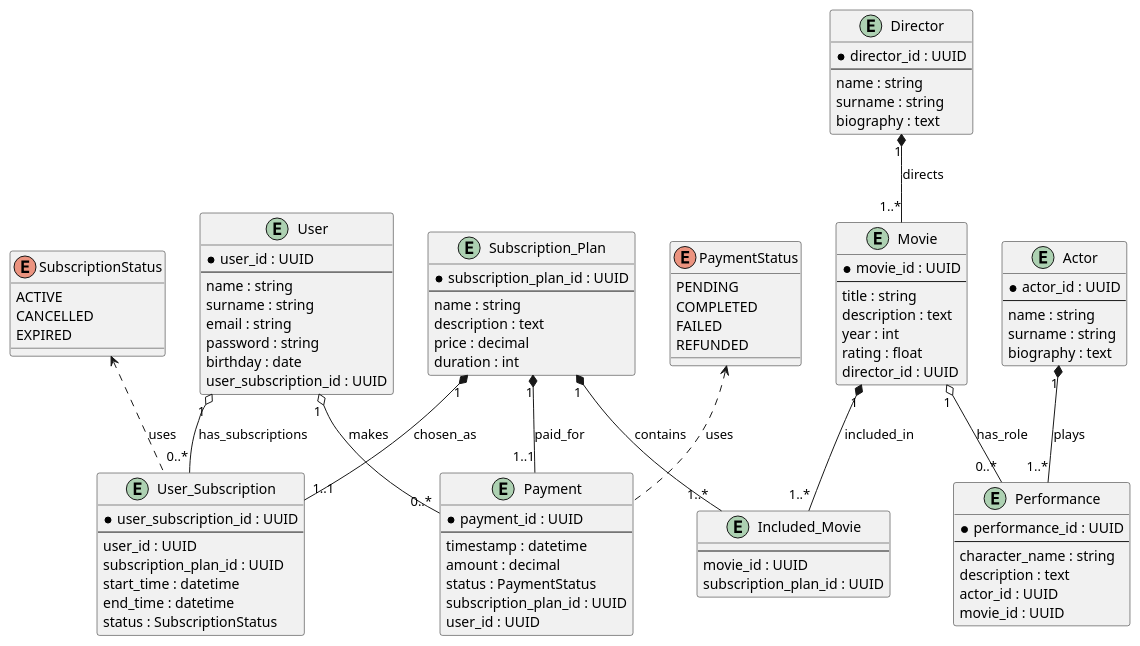
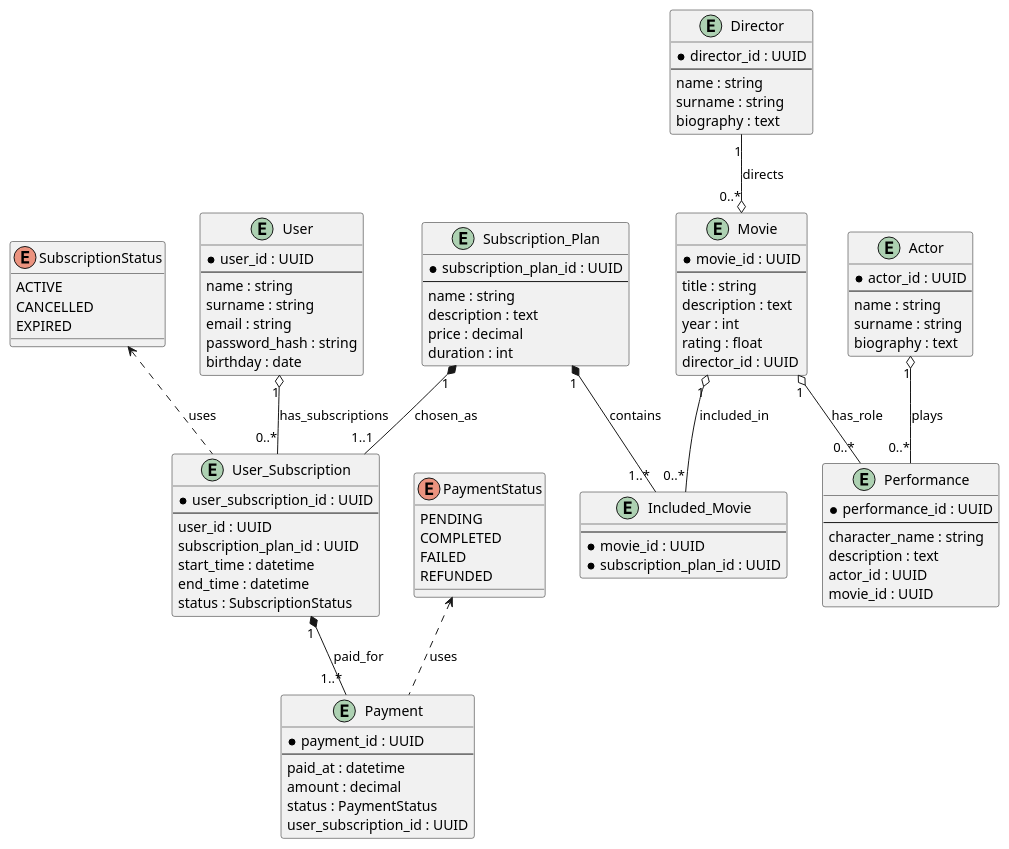
Before and after one commit to StudentPP1/KPI: the diagram in lab1/plan-uml-streaming-service.puml, drawn with PlantUML. The commit also changed 4 other files, not shown here.

```diff
--- a/lab1/plan-uml-streaming-service.puml
+++ b/lab1/plan-uml-streaming-service.puml
@@ -1,117 +1,113 @@
 @startuml
-
 enum SubscriptionStatus {
   ACTIVE
   CANCELLED
   EXPIRED
 }
 
 enum PaymentStatus {
   PENDING
   COMPLETED
   FAILED
   REFUNDED
 }
 
 entity Actor {
   *actor_id : UUID
   --
   name : string
   surname : string
   biography : text
 }
 
 entity Director {
   *director_id : UUID
   --
   name : string
   surname : string
   biography : text
 }
 
 entity Movie {
   *movie_id : UUID
   --
   title : string
   description : text
   year : int
   rating : float
   director_id : UUID 
 }
 
 entity Performance {
   *performance_id : UUID
   --
   character_name : string
   description : text
   actor_id : UUID 
   movie_id : UUID 
 }
 
 entity Subscription_Plan {
   *subscription_plan_id : UUID
   --
   name : string
   description : text
   price : decimal
   duration : int  
 }
 
 entity Included_Movie {
   --
-  movie_id : UUID 
-  subscription_plan_id : UUID 
+  *movie_id : UUID 
+  *subscription_plan_id : UUID 
 }
 
 entity User {
   *user_id : UUID
   --
   name : string
   surname : string
   email : string
-  password : string
+  password_hash : string
   birthday : date
-  user_subscription_id : UUID 
 }
 
 entity User_Subscription {
   *user_subscription_id : UUID
   --
   user_id : UUID 
   subscription_plan_id : UUID 
   start_time : datetime
   end_time : datetime
   status : SubscriptionStatus
 }
 
 entity Payment {
   *payment_id : UUID
   --
-  timestamp : datetime
+  paid_at : datetime
   amount : decimal
   status : PaymentStatus
-  subscription_plan_id : UUID 
-  user_id : UUID 
+  user_subscription_id : UUID 
 }
 
 ' Performance / casting
-Actor     "1" *-- "1..*" Performance : plays
+Actor     "1" o-- "0..*" Performance : plays
 Movie     "1" o-- "0..*" Performance : has_role
-Director  "1" *-- "1..*" Movie       : directs
+Director  "1" --o "0..*" Movie       : directs
 
 ' Plan and included movies
-Movie     "1" *-- "1..*" Included_Movie : included_in
+Movie     "1" o-- "0..*" Included_Movie : included_in
 Subscription_Plan      "1" *-- "1..*" Included_Movie : contains
 
 ' User subscriptions
 User      "1" o-- "0..*" User_Subscription : has_subscriptions
 Subscription_Plan      "1" *-- "1..1" User_Subscription : chosen_as
 
 ' Payments
-User      "1" o-- "0..*" Payment : makes
-Subscription_Plan      "1" *-- "1..1" Payment : paid_for
+User_Subscription "1" *-- "1..*" Payment : paid_for
 
 ' enums usage
 SubscriptionStatus <.. User_Subscription : uses
 PaymentStatus      <.. Payment : uses
 @enduml
```
